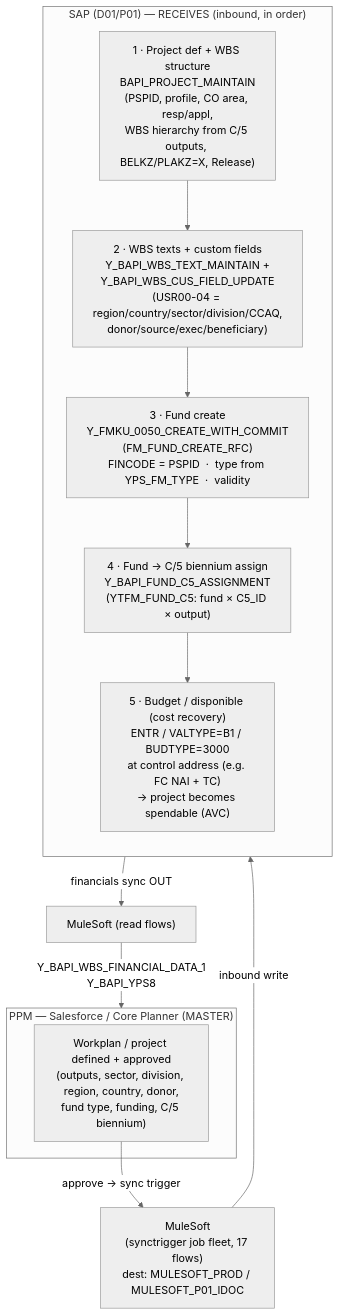
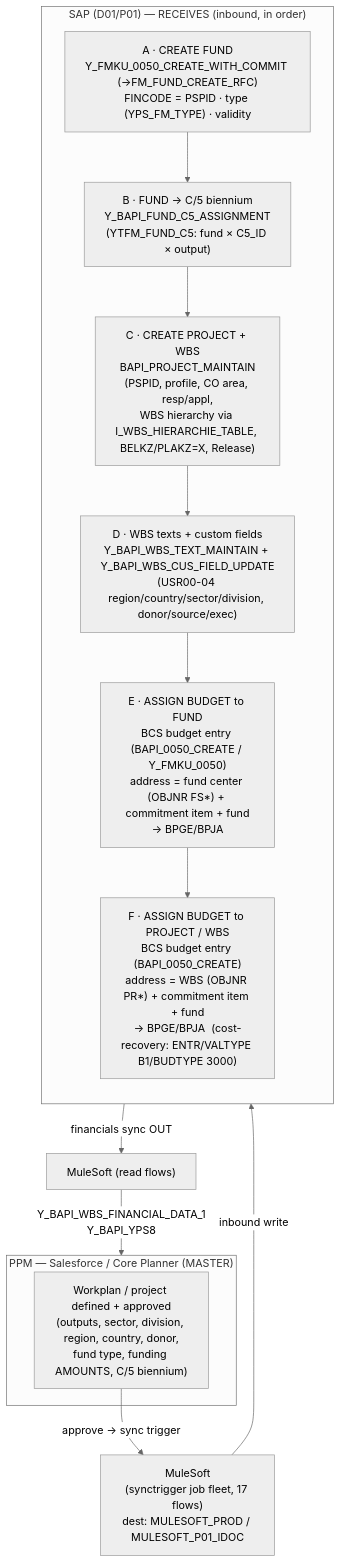
The diagram in knowledge/domains/PSM/ppm_sap_project_fund_e2e_flow.md (jplopezinnohunt/abapobjectscreation), drawn with Mermaid (neutral theme) before and after one commit. The commit also changed other lines of this file, not shown here.

Commit message:
knowledge(PSM/Integration): E2E flow now covers create funds+projects AND budget to both
- added explicit steps: A create fund, C create project+WBS, E assign budget to FUND (OBJNR FS*), F assign budget to PROJECT/WBS (OBJNR PR*)
- VERIFIED two budget levels exist: BPGE/BPJA carry budget at fund center (FS*) AND WBS (PR*); both via BCS budget entry (BAPI_0050/Y_FMKU_0050), differ by addressed object
- order: fund -> C5 -> project+WBS -> WBS attrs -> budget fund -> budget project

````diff
--- a/knowledge/domains/PSM/ppm_sap_project_fund_e2e_flow.md
+++ b/knowledge/domains/PSM/ppm_sap_project_fund_e2e_flow.md
@@ -20,21 +20,22 @@
 ```mermaid
 flowchart TD
     subgraph PPM["PPM — Salesforce / Core Planner (MASTER)"]
-      WP["Workplan / project defined + approved\n(outputs, sector, division, region, country, donor,\nfund type, funding, C/5 biennium)"]
+      WP["Workplan / project defined + approved\n(outputs, sector, division, region, country, donor,\nfund type, funding AMOUNTS, C/5 biennium)"]
     end
     WP -->|approve → sync trigger| MS["MuleSoft\n(synctrigger job fleet, 17 flows)\ndest: MULESOFT_PROD / MULESOFT_P01_IDOC"]
 
     subgraph SAP["SAP (D01/P01) — RECEIVES (inbound, in order)"]
       direction TB
-      S1["1 · Project def + WBS structure\nBAPI_PROJECT_MAINTAIN\n(PSPID, profile, CO area, resp/appl,\nWBS hierarchy from C/5 outputs, BELKZ/PLAKZ=X, Release)"]
-      S2["2 · WBS texts + custom fields\nY_BAPI_WBS_TEXT_MAINTAIN +\nY_BAPI_WBS_CUS_FIELD_UPDATE\n(USR00-04 = region/country/sector/division/CCAQ,\ndonor/source/exec/beneficiary)"]
-      S3["3 · Fund create\nY_FMKU_0050_CREATE_WITH_COMMIT\n(FM_FUND_CREATE_RFC)\nFINCODE = PSPID  ·  type from YPS_FM_TYPE  ·  validity"]
-      S4["4 · Fund → C/5 biennium assign\nY_BAPI_FUND_C5_ASSIGNMENT\n(YTFM_FUND_C5: fund × C5_ID × output)"]
-      S5["5 · Budget / disponible (cost recovery)\nENTR / VALTYPE=B1 / BUDTYPE=3000\nat control address (e.g. FC NAI + TC)\n→ project becomes spendable (AVC)"]
-      S1 --> S2 --> S3 --> S4 --> S5
+      A["A · CREATE FUND\nY_FMKU_0050_CREATE_WITH_COMMIT (→FM_FUND_CREATE_RFC)\nFINCODE = PSPID · type (YPS_FM_TYPE) · validity"]
+      B["B · FUND → C/5 biennium\nY_BAPI_FUND_C5_ASSIGNMENT\n(YTFM_FUND_C5: fund × C5_ID × output)"]
+      C["C · CREATE PROJECT + WBS\nBAPI_PROJECT_MAINTAIN\n(PSPID, profile, CO area, resp/appl,\nWBS hierarchy via I_WBS_HIERARCHIE_TABLE, BELKZ/PLAKZ=X, Release)"]
+      D["D · WBS texts + custom fields\nY_BAPI_WBS_TEXT_MAINTAIN + Y_BAPI_WBS_CUS_FIELD_UPDATE\n(USR00-04 region/country/sector/division, donor/source/exec)"]
+      E["E · ASSIGN BUDGET to FUND\nBCS budget entry (BAPI_0050_CREATE / Y_FMKU_0050)\naddress = fund center (OBJNR FS*) + commitment item + fund\n→ BPGE/BPJA"]
+      F["F · ASSIGN BUDGET to PROJECT / WBS\nBCS budget entry (BAPI_0050_CREATE)\naddress = WBS (OBJNR PR*) + commitment item + fund\n→ BPGE/BPJA  (cost-recovery: ENTR/VALTYPE B1/BUDTYPE 3000)"]
+      A --> B --> C --> D --> E --> F
     end
-    MS -->|inbound write| S1
+    MS -->|inbound write| A
 
     SAP -->|financials sync OUT| MSO["MuleSoft (read flows)"]
     MSO -->|Y_BAPI_WBS_FINANCIAL_DATA_1\nY_BAPI_YPS8| PPM
 ```
````
